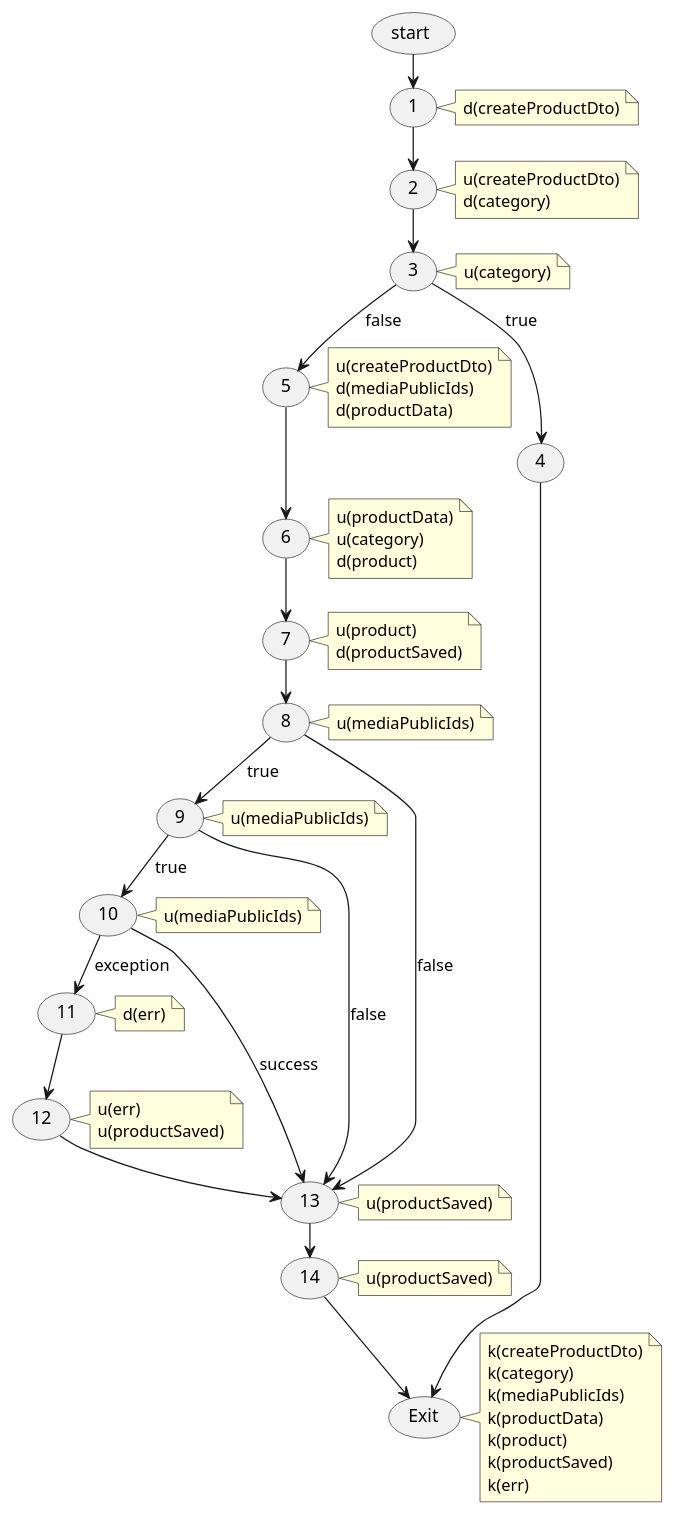
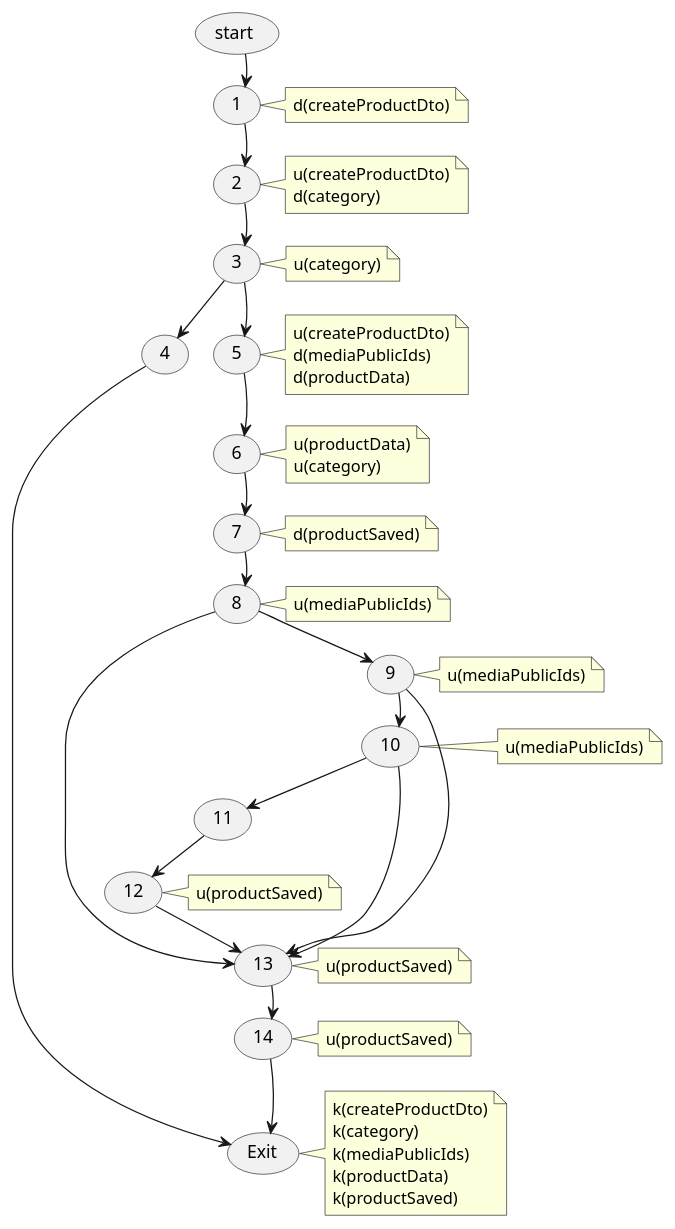
One commit to chuonghoai/MarketPlace changed the diagram in docs/white_box_testing/create_product/05_data_flow_graph.puml. Above: the diagram before and after it, drawn with PlantUML. The commit also changed 65 other files, not shown here.

```diff
--- a/docs/white_box_testing/create_product/05_data_flow_graph.puml
+++ b/docs/white_box_testing/create_product/05_data_flow_graph.puml
@@ -1,56 +1,76 @@
 @startuml
-skinparam nodesep 15
+skinparam nodesep 20
 skinparam ranksep 25
 
 usecase "start" as start_node
 usecase "1" as n1
 note right of n1 : d(createProductDto)
 usecase "2" as n2
 note right of n2 : u(createProductDto)\nd(category)
 usecase "3" as n3
 note right of n3 : u(category)
 usecase "4" as n4
 usecase "5" as n5
 note right of n5 : u(createProductDto)\nd(mediaPublicIds)\nd(productData)
 usecase "6" as n6
-note right of n6 : u(productData)\nu(category)\nd(product)
+note right of n6 : u(productData)\nu(category)
 usecase "7" as n7
-note right of n7 : u(product)\nd(productSaved)
+note right of n7 : d(productSaved)
 usecase "8" as n8
 note right of n8 : u(mediaPublicIds)
 usecase "9" as n9
 note right of n9 : u(mediaPublicIds)
 usecase "10" as n10
 note right of n10 : u(mediaPublicIds)
 usecase "11" as n11
-note right of n11 : d(err)
 usecase "12" as n12
-note right of n12 : u(err)\nu(productSaved)
+note right of n12 : u(productSaved)
 usecase "13" as n13
 note right of n13 : u(productSaved)
 usecase "14" as n14
 note right of n14 : u(productSaved)
 usecase "Exit" as end_node
-note right of end_node : k(createProductDto)\nk(category)\nk(mediaPublicIds)\nk(productData)\nk(product)\nk(productSaved)\nk(err)
+note right of end_node : k(createProductDto)\nk(category)\nk(mediaPublicIds)\nk(productData)\nk(productSaved)
+
+start_node -[hidden]down-> n1
+n1 -[hidden]down-> n2
+n2 -[hidden]down-> n3
+n3 -[hidden]down-> n5
+n5 -[hidden]down-> n6
+n6 -[hidden]down-> n7
+n7 -[hidden]down-> n8
+n8 -[hidden]down-> n9
+n9 -[hidden]down-> n10
+n10 -[hidden]down-> n13
+n13 -[hidden]down-> n14
+n14 -[hidden]down-> end_node
+
+n4 -[hidden]right-> n5
 
 start_node --> n1
 n1 --> n2
 n2 --> n3
-n3 --> n4 : true
-n3 --> n5 : false
+
+n3 --> n4
+n3 --> n5
 n4 --> end_node
+
 n5 --> n6
 n6 --> n7
 n7 --> n8
-n8 --> n13 : false
-n8 --> n9 : true
-n9 --> n13 : false
-n9 --> n10 : true
-n10 --> n11 : exception
-n10 --> n13 : success
+
+n8 --> n9
+n8 --> n13
+
+n9 --> n10
+n9 --> n13
+
+n10 --> n13
+n10 --> n11
 n11 --> n12
 n12 --> n13
+
 n13 --> n14
 n14 --> end_node
 
 @enduml
```
